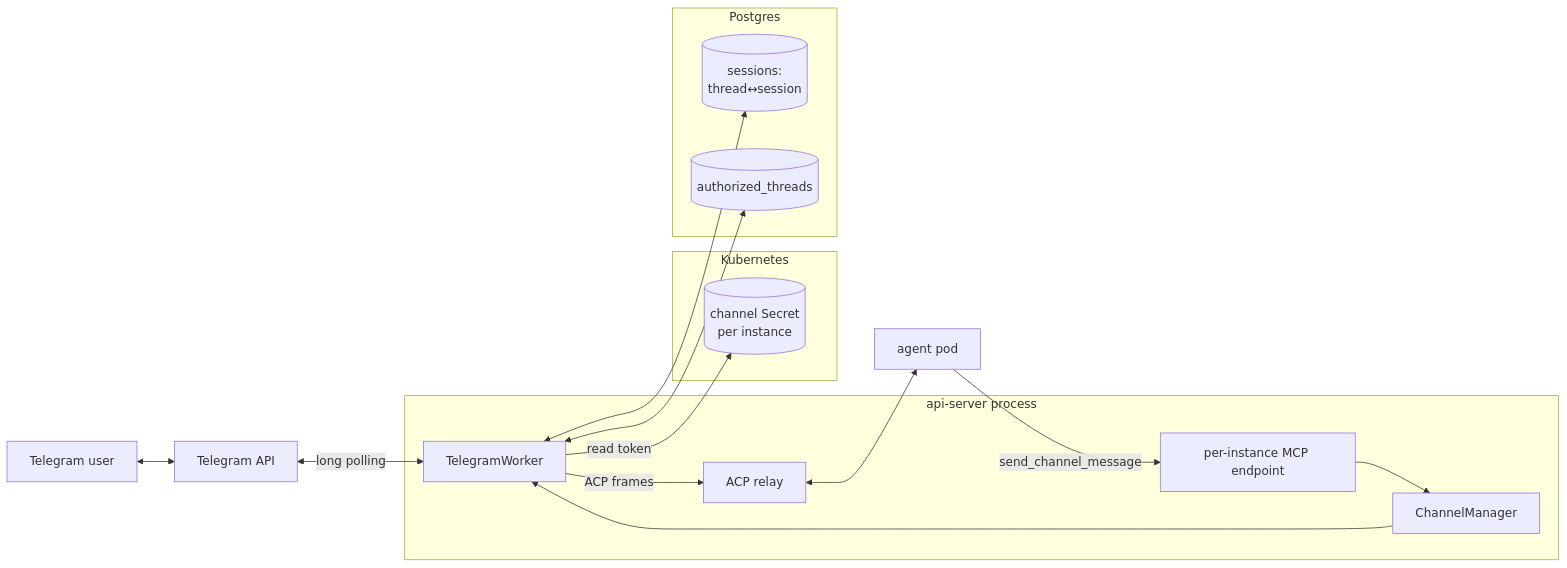
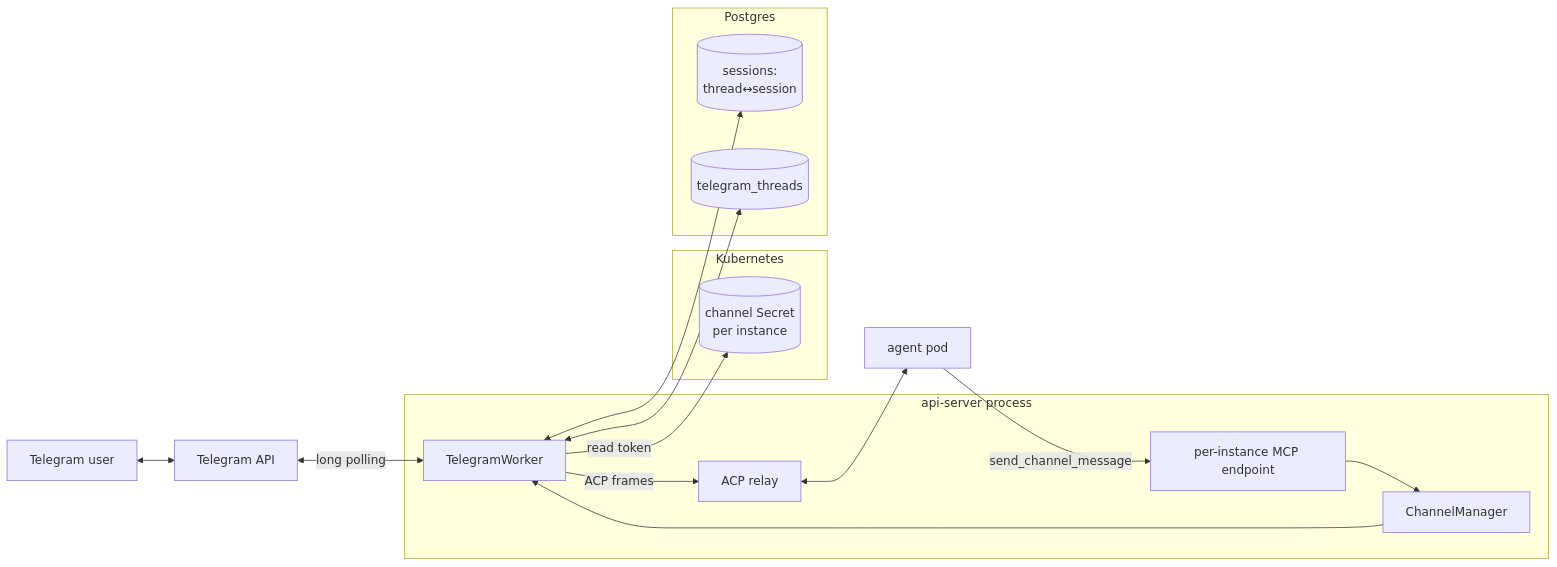
The second of 4 diagrams in docs/architecture/channels.md (kagenti/humr), drawn with Mermaid before and after one commit. The commit also changed other lines of this file and 4 other files, not shown here.

First line of the commit message:
docs: fix drift between architecture pages, ADRs, and code

````diff
--- a/docs/architecture/channels.md
+++ b/docs/architecture/channels.md
@@ -72,34 +72,34 @@
 ```mermaid
 flowchart LR
   TU[Telegram user]
   TAPI[Telegram API]
 
   subgraph api-server[api-server process]
     CM[ChannelManager]
     TW[TelegramWorker]
     MCP[per-instance MCP endpoint]
     REL[ACP relay]
   end
 
   subgraph K8s[Kubernetes]
     SEC[(channel Secret<br/>per instance)]
   end
 
   subgraph DB[Postgres]
     SES[(sessions:<br/>thread↔session)]
-    AUT[(authorized_threads)]
+    AUT[(telegram_threads)]
   end
 
   POD[agent pod]
 
   TU <--> TAPI
   TAPI <-- long polling --> TW
   CM --> TW
   TW -- read token --> SEC
   TW <--> AUT
   TW <--> SES
   TW -- ACP frames --> REL
   REL <--> POD
   POD -- send_channel_message --> MCP
   MCP --> CM
 ```
````
